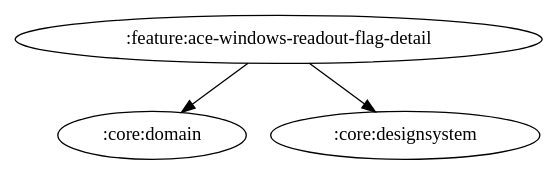
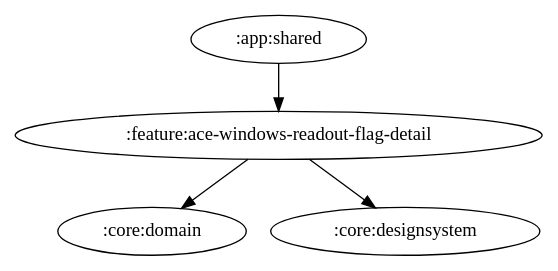
Before and after one commit to ai-kurou/KoDriver: the diagram in docs/graphs/feature-ace-windows-readout-flag-detail.gv, drawn with Graphviz. The commit also changed 5 other files, not shown here.

Commit message:
chore: update module graph images

```diff
--- a/docs/graphs/feature-ace-windows-readout-flag-detail.gv
+++ b/docs/graphs/feature-ace-windows-readout-flag-detail.gv
@@ -1,5 +1,6 @@
 digraph G {
   rankdir=TB
+  ":app:shared" -> ":feature:ace-windows-readout-flag-detail"
   ":feature:ace-windows-readout-flag-detail" -> ":core:domain"
   ":feature:ace-windows-readout-flag-detail" -> ":core:designsystem"
 }
```
